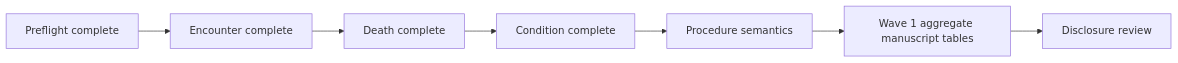
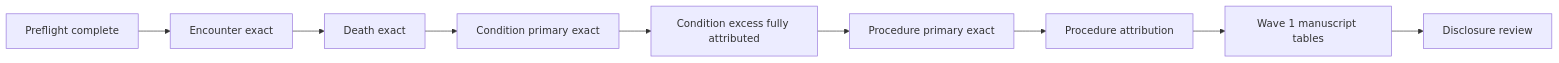
One commit to vafaei-ar/pcornet-omop-validation changed the diagram in docs/stage_b_wave1_progress.md. Above: the diagram before and after it, drawn with Mermaid. The commit also changed other lines of this file, not shown here.

Commit message:
Record Stage B Procedure primary concordance

````diff
--- a/docs/stage_b_wave1_progress.md
+++ b/docs/stage_b_wave1_progress.md
@@ -100,9 +102,11 @@
 ```mermaid
 flowchart LR
-    A[Preflight complete] --> B[Encounter complete]
-    B --> C[Death complete]
-    C --> D[Condition complete]
-    D --> E[Procedure semantics]
-    E --> F[Wave 1 aggregate manuscript tables]
-    F --> G[Disclosure review]
+    A[Preflight complete] --> B[Encounter exact]
+    B --> C[Death exact]
+    C --> D[Condition primary exact]
+    D --> E[Condition excess fully attributed]
+    E --> F[Procedure primary exact]
+    F --> G[Procedure attribution]
+    G --> H[Wave 1 manuscript tables]
+    H --> I[Disclosure review]
 ```
````
